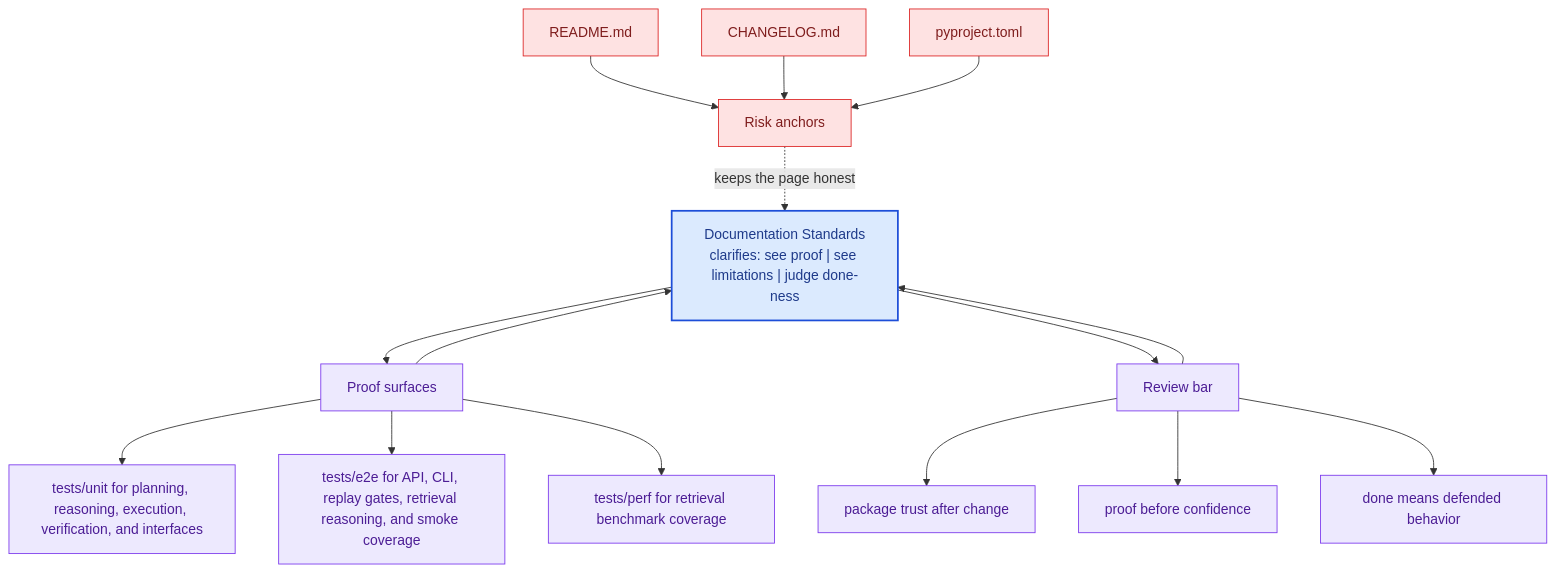
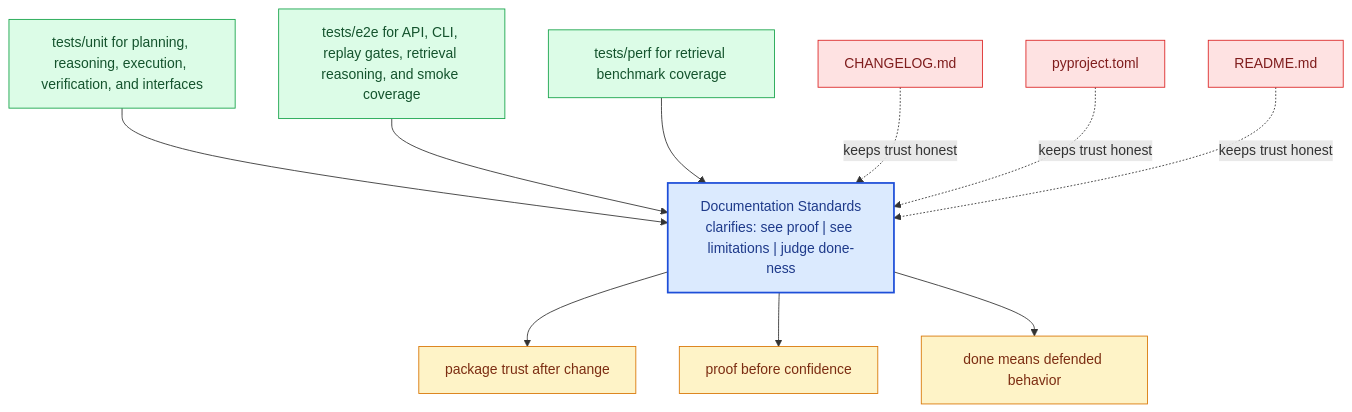
The diagram in docs/bijux-canon-reason/quality/documentation-standards.md (bijux/bijux-canon), drawn with Mermaid before and after one commit. The commit also changed other lines of this file and 281 other files, not shown here.

Commit message:
docs(diagrams): replace repeated mermaid scaffolds with page-specific summaries

````diff
--- a/docs/bijux-canon-reason/quality/documentation-standards.md
+++ b/docs/bijux-canon-reason/quality/documentation-standards.md
@@ -67,41 +22,31 @@
 ```mermaid
 flowchart TB
-    promise["Documentation Standards<br/>clarifies: see proof | see limitations | judge done-ness"]
-    classDef promise fill:#dbeafe,stroke:#1d4ed8,color:#1e3a8a,stroke-width:2px;
-    classDef driver fill:#dcfce7,stroke:#16a34a,color:#14532d;
-    classDef constraint fill:#fee2e2,stroke:#dc2626,color:#7f1d1d;
-    classDef ground fill:#ede9fe,stroke:#7c3aed,color:#4c1d95;
-    focus1["Proof surfaces"]
-    focus1 --> promise
-    promise --> focus1
-    focus1_1["tests/unit for planning, reasoning, execution, verification, and interfaces"]
-    focus1 --> focus1_1
-    focus1_2["tests/e2e for API, CLI, replay gates, retrieval reasoning, and smoke coverage"]
-    focus1 --> focus1_2
-    focus1_3["tests/perf for retrieval benchmark coverage"]
-    focus1 --> focus1_3
-    class focus1 ground;
-    class focus1_1,focus1_2,focus1_3 ground;
-    focus2["Risk anchors"]
-    focus2 -.keeps the page honest.-> promise
-    focus2_1["README.md"]
-    focus2_1 --> focus2
-    focus2_2["CHANGELOG.md"]
-    focus2_2 --> focus2
-    focus2_3["pyproject.toml"]
-    focus2_3 --> focus2
-    class focus2 constraint;
-    class focus2_1,focus2_2,focus2_3 constraint;
-    focus3["Review bar"]
-    focus3 --> promise
-    promise --> focus3
-    focus3_1["package trust after change"]
-    focus3 --> focus3_1
-    focus3_2["proof before confidence"]
-    focus3 --> focus3_2
-    focus3_3["done means defended behavior"]
-    focus3 --> focus3_3
-    class focus3 ground;
-    class focus3_1,focus3_2,focus3_3 ground;
-    class promise promise;
+    page["Documentation Standards<br/>clarifies: see proof | see limitations | judge done-ness"]
+    classDef page fill:#dbeafe,stroke:#1d4ed8,color:#1e3a8a,stroke-width:2px;
+    classDef positive fill:#dcfce7,stroke:#16a34a,color:#14532d;
+    classDef caution fill:#fee2e2,stroke:#dc2626,color:#7f1d1d;
+    classDef anchor fill:#ede9fe,stroke:#7c3aed,color:#4c1d95;
+    classDef action fill:#fef3c7,stroke:#d97706,color:#7c2d12;
+    proof1["tests/unit for planning, reasoning, execution, verification, and interfaces"]
+    proof1 --> page
+    proof2["tests/e2e for API, CLI, replay gates, retrieval reasoning, and smoke coverage"]
+    proof2 --> page
+    proof3["tests/perf for retrieval benchmark coverage"]
+    proof3 --> page
+    risk1["CHANGELOG.md"]
+    risk1 -.keeps trust honest.-> page
+    risk2["pyproject.toml"]
+    risk2 -.keeps trust honest.-> page
+    risk3["README.md"]
+    risk3 -.keeps trust honest.-> page
+    bar1["package trust after change"]
+    page --> bar1
+    bar2["proof before confidence"]
+    page --> bar2
+    bar3["done means defended behavior"]
+    page --> bar3
+    class page page;
+    class proof1,proof2,proof3 positive;
+    class risk1,risk2,risk3 caution;
+    class bar1,bar2,bar3 action;
 ```
````
